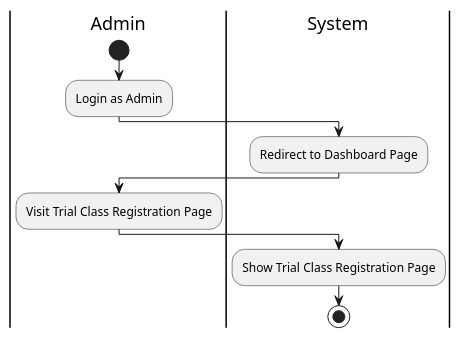
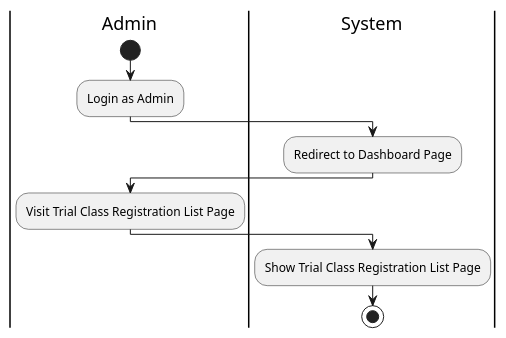
The diagram in 075. Manage Trial Class Registration/Activity Diagram.puml (felixpherry/Lecturna-UML), drawn with PlantUML before and after one commit. The commit also changed 66 other files, not shown here.

Commit message:
Fix: Activity Diagrams

```diff
--- a/075. Manage Trial Class Registration/Activity Diagram.puml
+++ b/075. Manage Trial Class Registration/Activity Diagram.puml
@@ -1,12 +1,12 @@
 @startuml ManageTrialClassRegistration
 |Admin|
 start
 :Login as Admin;
 |System|
 :Redirect to Dashboard Page;
 |Admin|
-:Visit Trial Class Registration Page;
+:Visit Trial Class Registration List Page;
 |System|
-:Show Trial Class Registration Page;
+:Show Trial Class Registration List Page;
 stop
 @enduml
```
